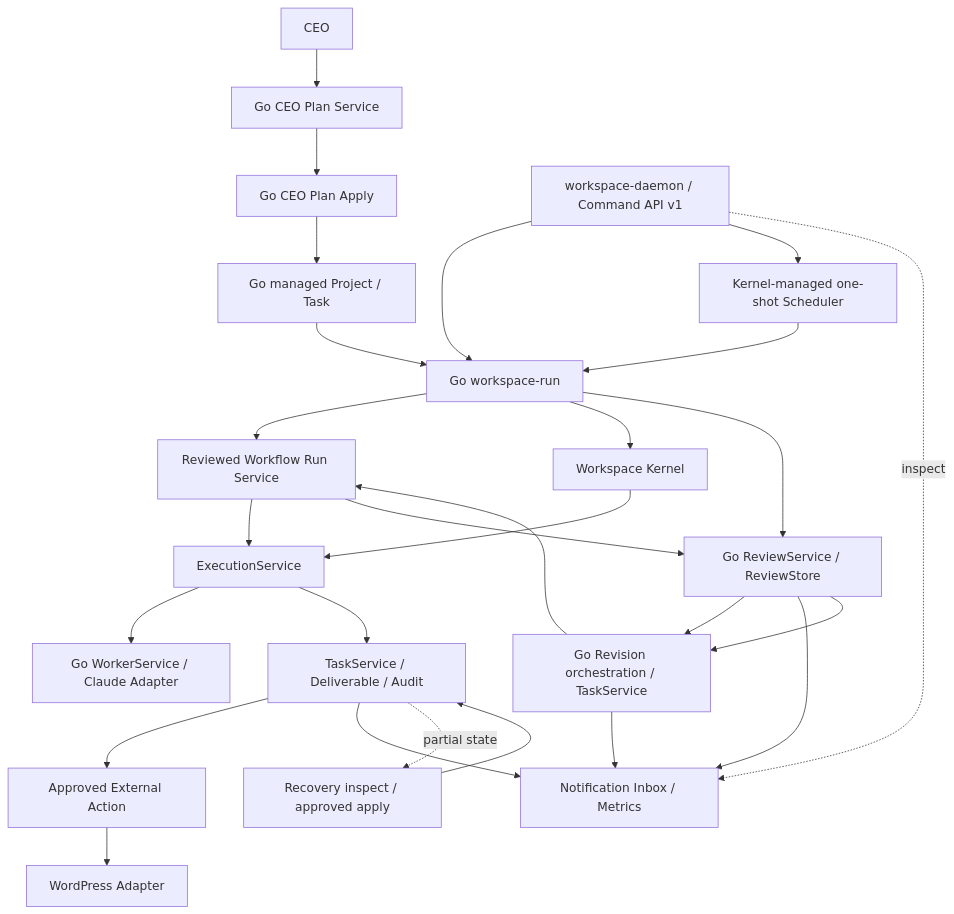
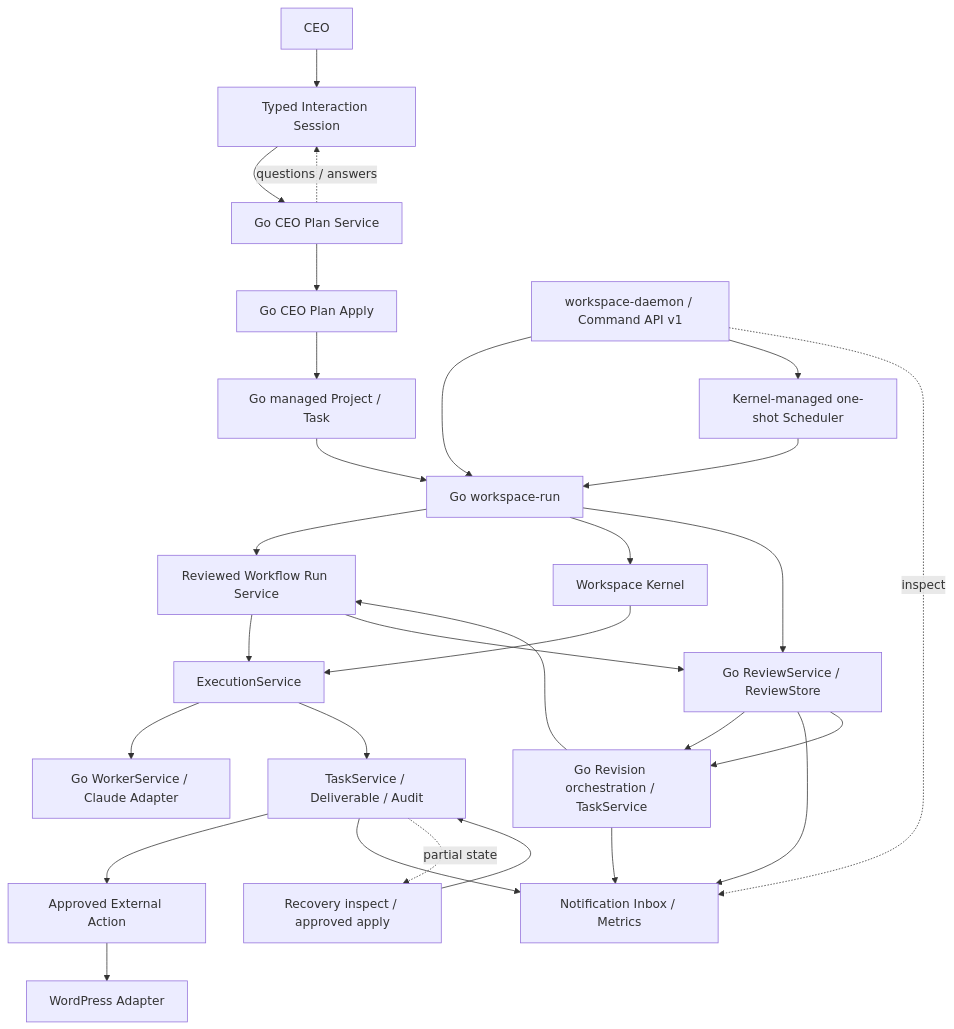
Before and after one commit to AkiraShimizu0/WorkCairn: the diagram in docs/Architecture.md, drawn with Mermaid. The commit also changed other lines of this file and 28 other files, not shown here.

Commit message:
feat: add typed interaction approval sessions

````diff
--- a/docs/Architecture.md
+++ b/docs/Architecture.md
@@ -9,29 +9,31 @@
 ```mermaid
 flowchart TD
-    CEO["CEO"] --> Plan["Go CEO Plan Service"]
+    CEO["CEO"] --> Interaction["Typed Interaction Session"]
+    Interaction --> Plan["Go CEO Plan Service"]
+    Plan -. questions / answers .-> Interaction
     Plan --> Apply["Go CEO Plan Apply"]
     Apply --> Workflow["Go managed Project / Task"]
     Workflow --> Run["Go workspace-run"]
     API["workspace-daemon / Command API v1"] --> Run
     API --> Scheduler["Kernel-managed one-shot Scheduler"]
     Scheduler --> Run
     API -. inspect .-> Observe["Notification Inbox / Metrics"]
     Run --> WorkflowRun["Reviewed Workflow Run Service"]
     WorkflowRun --> Execution
     WorkflowRun --> Review
     Review --> Revision
     Revision --> WorkflowRun
     Run --> Kernel["Workspace Kernel"]
     Kernel --> Execution["ExecutionService"]
     Execution --> GoWorker["Go WorkerService / Claude Adapter"]
     Execution --> Task["TaskService / Deliverable / Audit"]
     Task --> Action["Approved External Action"]
     Action --> WordPress["WordPress Adapter"]
     Task --> Observe
     Review --> Observe
     Revision --> Observe
     Task -. partial state .-> Recovery["Recovery inspect / approved apply"]
     Recovery --> Task
     Run --> Review["Go ReviewService / ReviewStore"]
     Review --> Revision["Go Revision orchestration / TaskService"]
 ```
````
